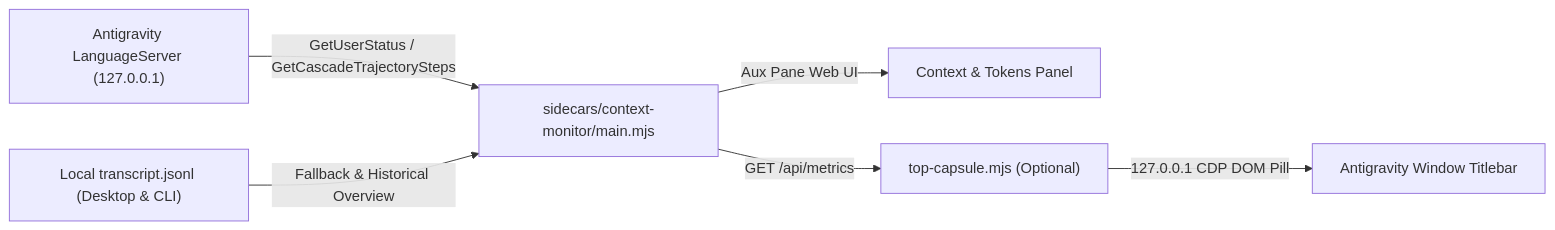
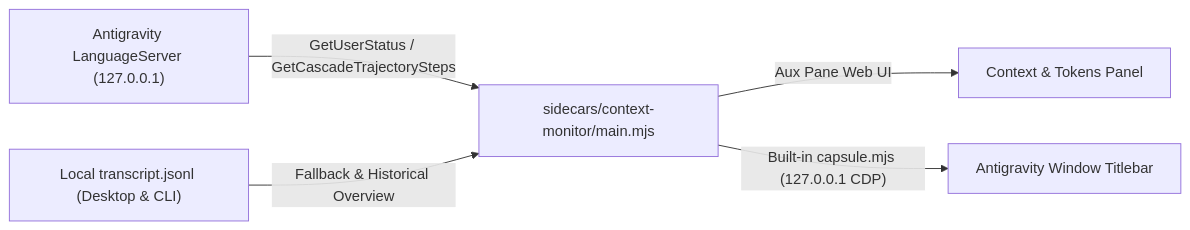
One commit to llaolaol/antigravity-context-monitor changed the diagram in README.md. Above: the diagram before and after it, drawn with Mermaid. The commit also changed other lines of this file and 15 other files, not shown here.

Commit message:
feat: auto-start titlebar top capsule from sidecar by default (v1.1.0)

````diff
--- a/README.md
+++ b/README.md
@@ -65,8 +65,7 @@
 ```mermaid
 flowchart LR
   LS["Antigravity LanguageServer (127.0.0.1)"] -->|"GetUserStatus / GetCascadeTrajectorySteps"| Sidecar["sidecars/context-monitor/main.mjs"]
   Logs["Local transcript.jsonl (Desktop & CLI)"] -->|"Fallback & Historical Overview"| Sidecar
   Sidecar -->|"Aux Pane Web UI"| Panel["Context & Tokens Panel"]
-  Sidecar -->|"GET /api/metrics"| Capsule["top-capsule.mjs (Optional)"]
-  Capsule -->|"127.0.0.1 CDP DOM Pill"| Window["Antigravity Window Titlebar"]
+  Sidecar -->|"Built-in capsule.mjs (127.0.0.1 CDP)"| Window["Antigravity Window Titlebar"]
 ```
````
